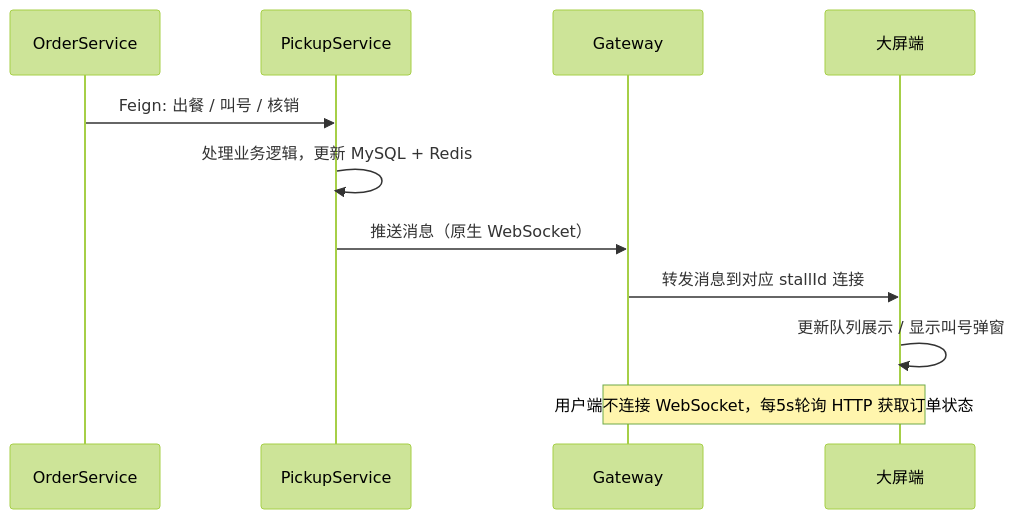
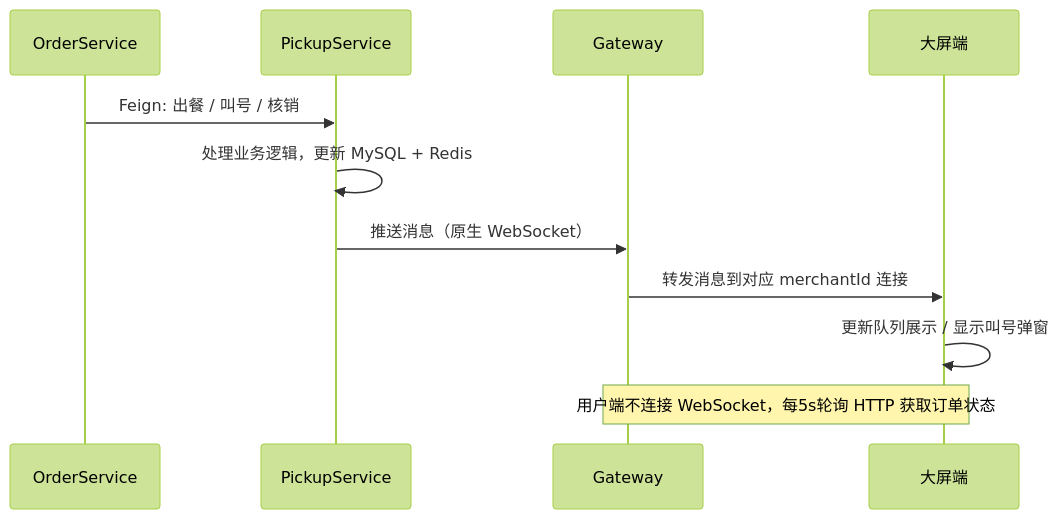
One commit to ZhongJiating26/smart-canteen changed the tenth of 11 diagrams in docs/A详细设计说明书.md. Above: the diagram before and after it, drawn with Mermaid (forest theme). The commit also changed other lines of this file and 144 other files, not shown here.

````diff
--- a/docs/A详细设计说明书.md
+++ b/docs/A详细设计说明书.md
@@ -2024,15 +2013,15 @@
 ```mermaid
 sequenceDiagram
     participant O as OrderService
     participant P as PickupService
     participant GW as Gateway
     participant S as 大屏端
 
     O->>P: Feign: 出餐 / 叫号 / 核销
     P->>P: 处理业务逻辑，更新 MySQL + Redis
     P->>GW: 推送消息（原生 WebSocket）
-    GW->>S: 转发消息到对应 stallId 连接
+    GW->>S: 转发消息到对应 merchantId 连接
     S->>S: 更新队列展示 / 显示叫号弹窗
 
     Note over S,GW: 用户端不连接 WebSocket，每5s轮询 HTTP 获取订单状态
 ```
````
